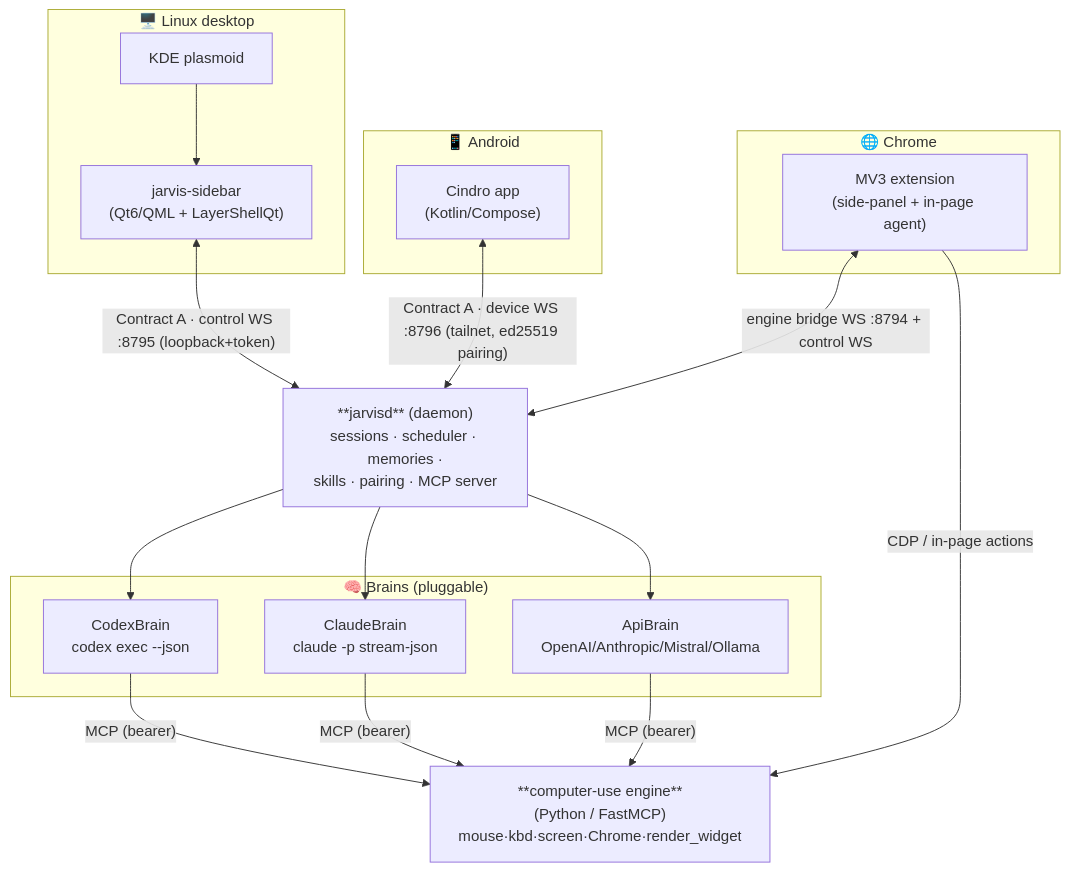
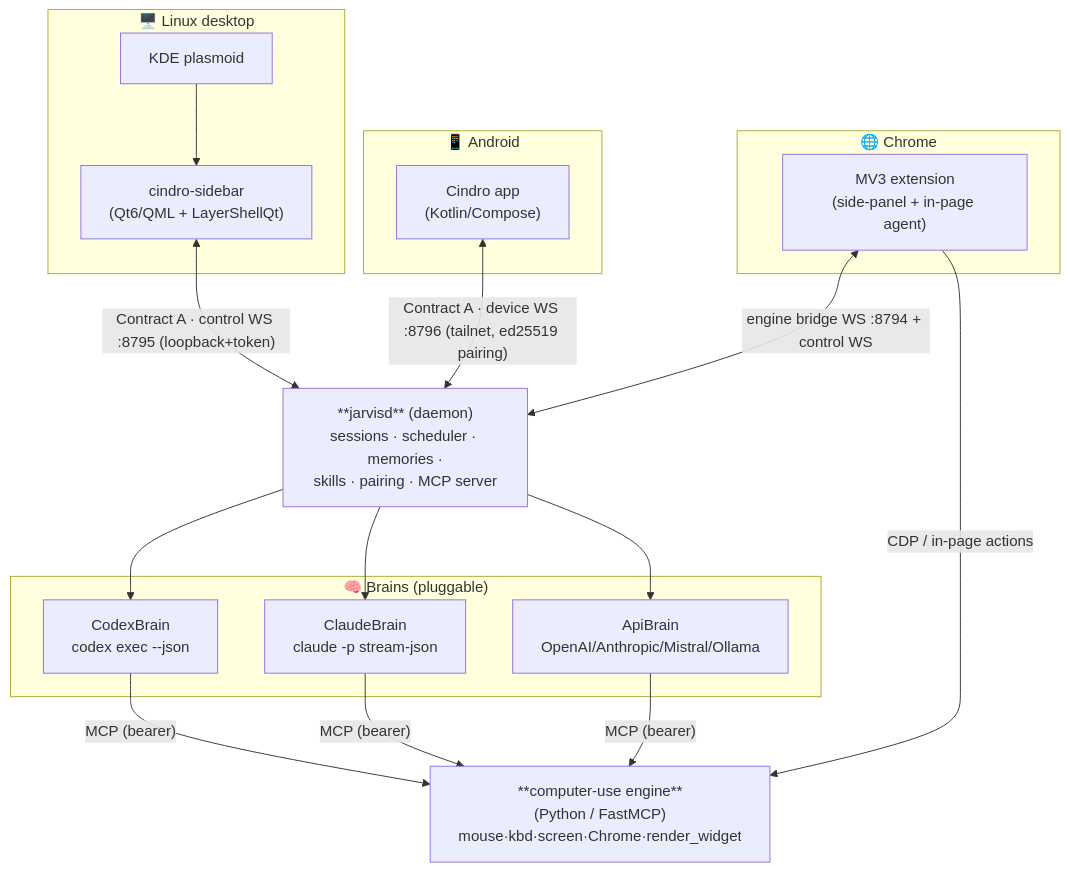
Before and after one commit to CrazyMan28/cindro: the diagram in README.md, drawn with Mermaid. The commit also changed other lines of this file and 312 other files, not shown here.

````diff
--- a/README.md
+++ b/README.md
@@ -80,31 +80,31 @@
 ```mermaid
 flowchart TD
     subgraph Desktop["🖥️  Linux desktop"]
-        SB["jarvis-sidebar<br/>(Qt6/QML + LayerShellQt)"]
+        SB["cindro-sidebar<br/>(Qt6/QML + LayerShellQt)"]
         KDE["KDE plasmoid"]
     end
     subgraph Phone["📱  Android"]
         APP["Cindro app<br/>(Kotlin/Compose)"]
     end
     subgraph Chrome["🌐  Chrome"]
         EXT["MV3 extension<br/>(side-panel + in-page agent)"]
     end
 
     DJ["**jarvisd** (daemon)<br/>sessions · scheduler · memories ·<br/>skills · pairing · MCP server"]
 
     subgraph Brains["🧠  Brains (pluggable)"]
         CX["CodexBrain<br/>codex exec --json"]
         CL["ClaudeBrain<br/>claude -p stream-json"]
         API["ApiBrain<br/>OpenAI/Anthropic/Mistral/Ollama"]
     end
 
     ENG["**computer-use engine**<br/>(Python / FastMCP)<br/>mouse·kbd·screen·Chrome·render_widget"]
 
     SB    <-->|"Contract A · control WS :8795 (loopback+token)"| DJ
     KDE   --> SB
     APP   <-->|"Contract A · device WS :8796 (tailnet, ed25519 pairing)"| DJ
     EXT   <-->|"engine bridge WS :8794 + control WS"| DJ
     DJ    --> CX & CL & API
     CX & CL & API -->|"MCP (bearer)"| ENG
     EXT   -->|"CDP / in-page actions"| ENG
 ```
````
